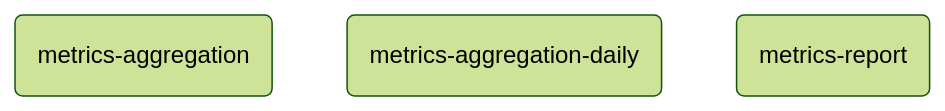
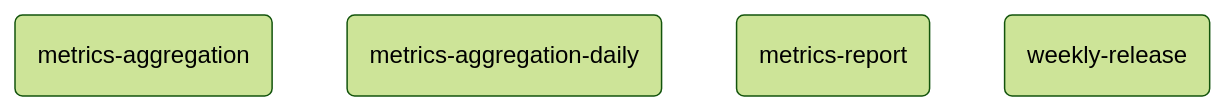
Before and after one commit to M-A-Operating-System/ai-coding-standards2: the diagram in docs/product/orchestrator/generated/phases/05_continuous.mmd, drawn with Mermaid (forest theme). The commit also changed 2 other files, not shown here.

Commit message:
chore: regenerate pipeline diagrams

```diff
--- a/docs/product/orchestrator/generated/phases/05_continuous.mmd
+++ b/docs/product/orchestrator/generated/phases/05_continuous.mmd
@@ -1,4 +1,5 @@
 flowchart TD
     n_05_continuous__metrics_aggregation("metrics-aggregation")
     n_05_continuous__metrics_aggregation_daily("metrics-aggregation-daily")
     n_05_continuous__metrics_report("metrics-report")
+    n_05_continuous__weekly_release("weekly-release")
```
